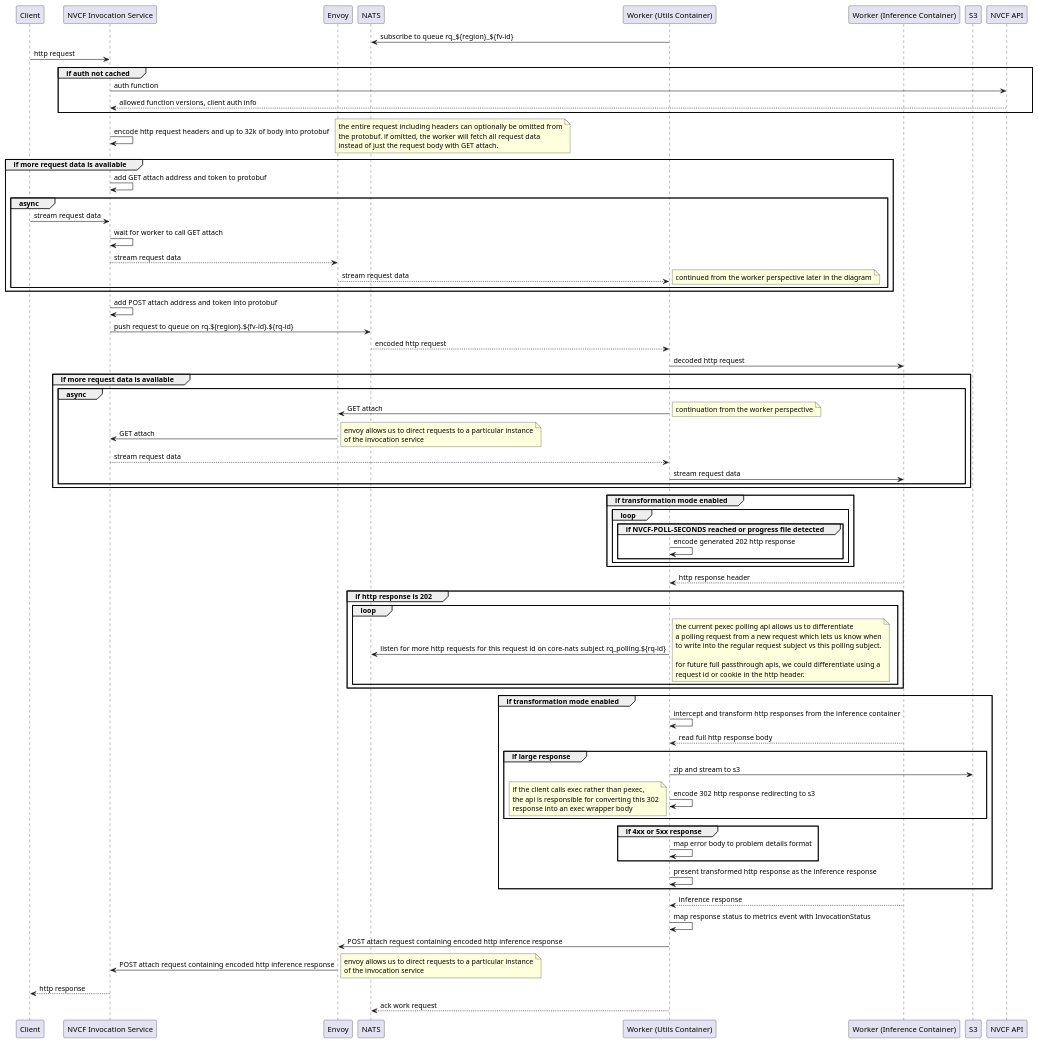
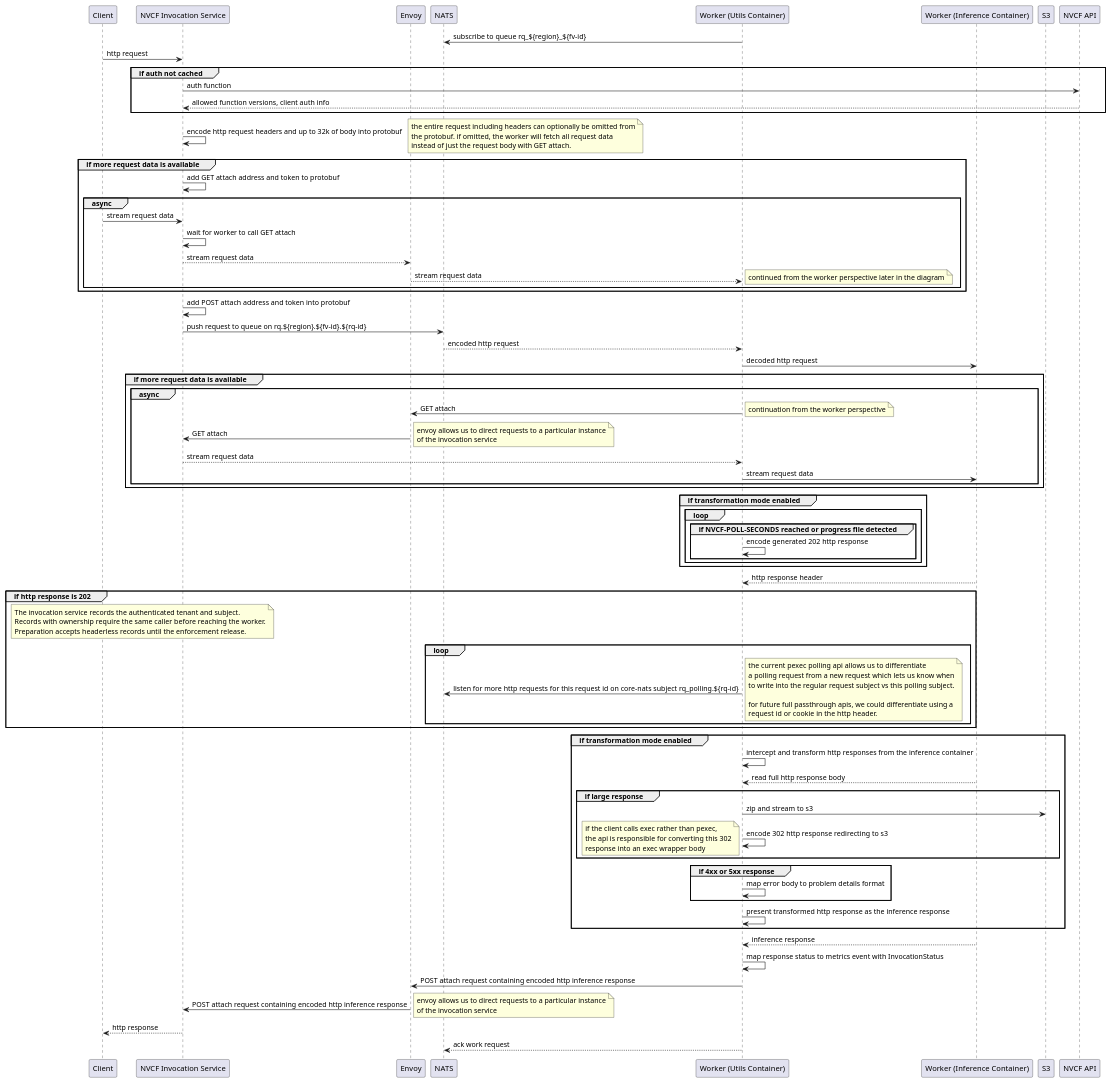
The diagram in src/invocation-plane-services/http-invocation/README.md (NVIDIA/nvcf), drawn with PlantUML before and after one commit. The commit also changed other lines of this file and 17 other files, not shown here.

Commit message:
fix(http-invocation): bind status polling to caller identity (#2608)

```diff
--- a/src/invocation-plane-services/http-invocation/README.md
+++ b/src/invocation-plane-services/http-invocation/README.md
@@ -175,6 +225,11 @@
 inference --> worker: http response header
 
 group if http response is 202
+    note over client,is
+        The invocation service records the authenticated tenant and subject.
+        Records with ownership require the same caller before reaching the worker.
+        Preparation accepts headerless records until the enforcement release.
+    end note
     loop
         worker -> nats: listen for more http requests for this request id on core-nats subject rq_polling.${rq-id} 
         note right
```
